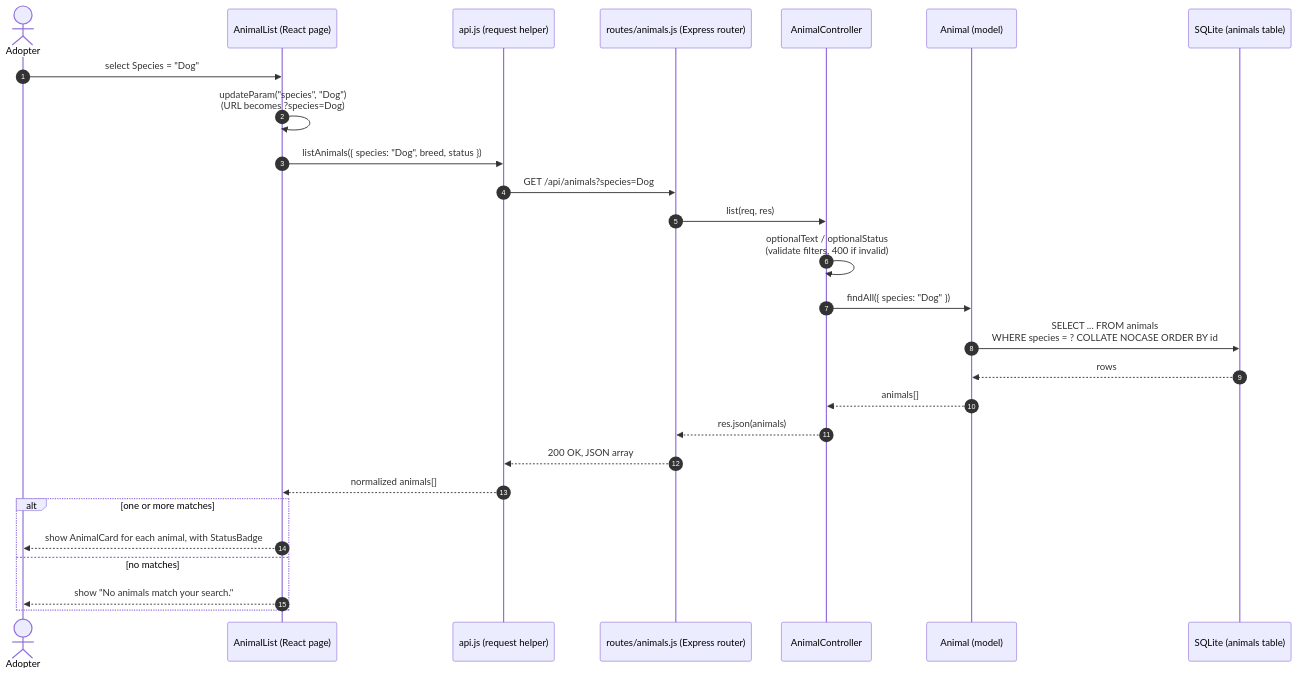
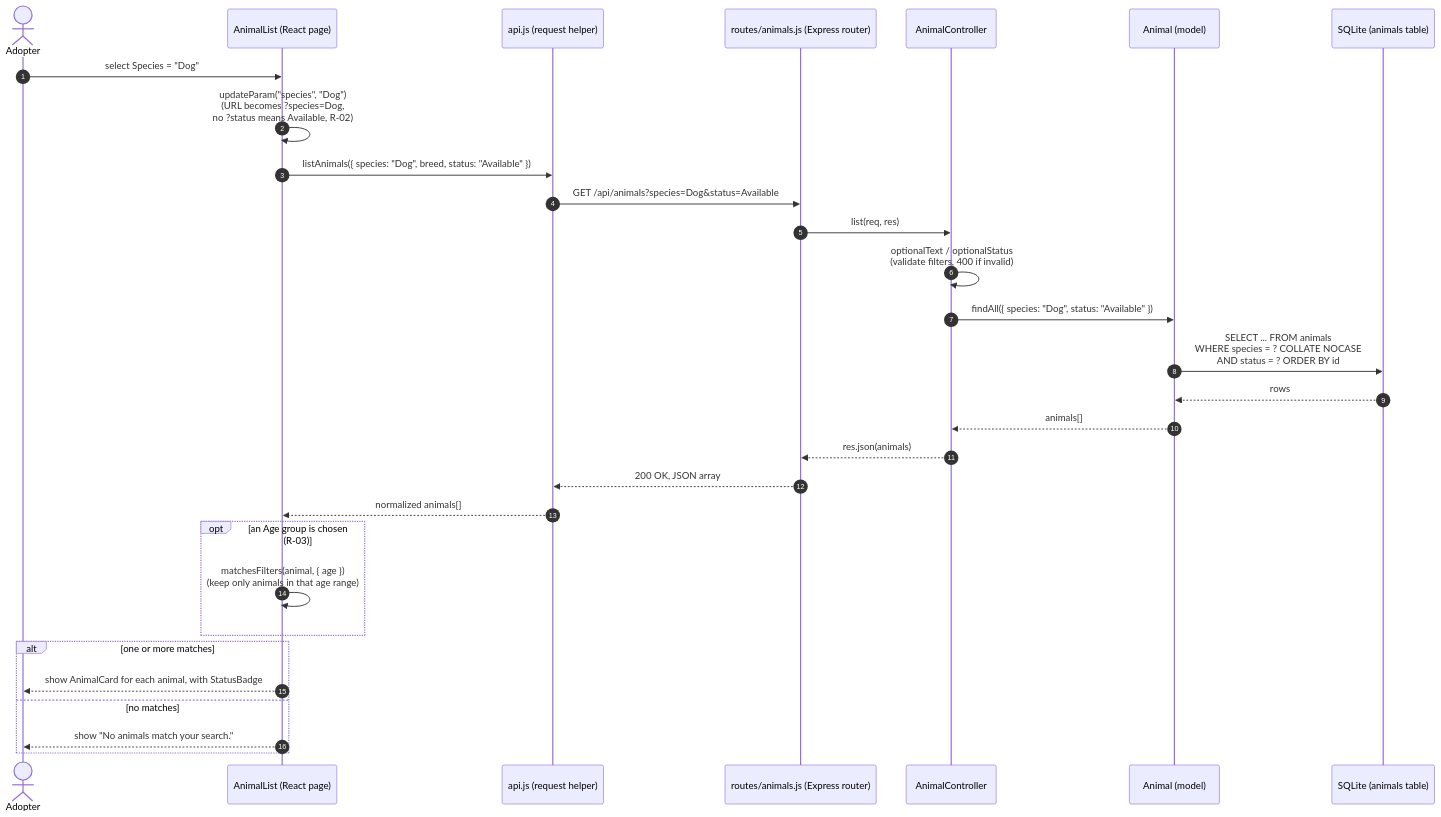
Before and after one commit to animal-shelter-project/Animal-Shelter-and-Adoption-Management-System: the diagram in docs/diagrams/6.6-search-animals-sequence.mmd, drawn with Mermaid. The commit also changed 9 other files, not shown here.

Commit message:
US-01 (proposal R-01): Add Animal form for staff with validation, live preview and confirmation; update 6.6 diagram

```diff
--- a/docs/diagrams/6.6-search-animals-sequence.mmd
+++ b/docs/diagrams/6.6-search-animals-sequence.mmd
@@ -1,28 +1,31 @@
 sequenceDiagram
     autonumber
     actor Adopter
     participant AL as AnimalList (React page)
     participant API as api.js (request helper)
     participant R as routes/animals.js (Express router)
     participant AC as AnimalController
     participant A as Animal (model)
     participant DB as SQLite (animals table)
 
     Adopter->>AL: select Species = "Dog"
-    AL->>AL: updateParam("species", "Dog")<br/>(URL becomes ?species=Dog)
-    AL->>API: listAnimals({ species: "Dog", breed, status })
-    API->>R: GET /api/animals?species=Dog
+    AL->>AL: updateParam("species", "Dog")<br/>(URL becomes ?species=Dog,<br/>no ?status means Available, R-02)
+    AL->>API: listAnimals({ species: "Dog", breed, status: "Available" })
+    API->>R: GET /api/animals?species=Dog&status=Available
     R->>AC: list(req, res)
     AC->>AC: optionalText / optionalStatus<br/>(validate filters, 400 if invalid)
-    AC->>A: findAll({ species: "Dog" })
-    A->>DB: SELECT ... FROM animals<br/>WHERE species = ? COLLATE NOCASE ORDER BY id
+    AC->>A: findAll({ species: "Dog", status: "Available" })
+    A->>DB: SELECT ... FROM animals<br/>WHERE species = ? COLLATE NOCASE<br/>AND status = ? ORDER BY id
     DB-->>A: rows
     A-->>AC: animals[]
     AC-->>R: res.json(animals)
     R-->>API: 200 OK, JSON array
     API-->>AL: normalized animals[]
+    opt an Age group is chosen (R-03)
+        AL->>AL: matchesFilters(animal, { age })<br/>(keep only animals in that age range)
+    end
     alt one or more matches
         AL-->>Adopter: show AnimalCard for each animal, with StatusBadge
     else no matches
         AL-->>Adopter: show "No animals match your search."
     end
```
